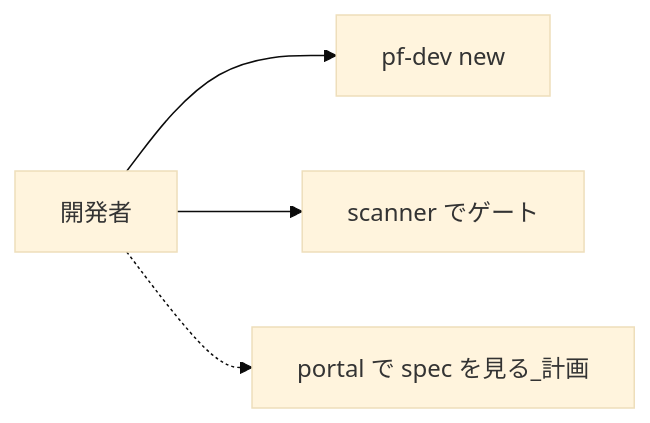
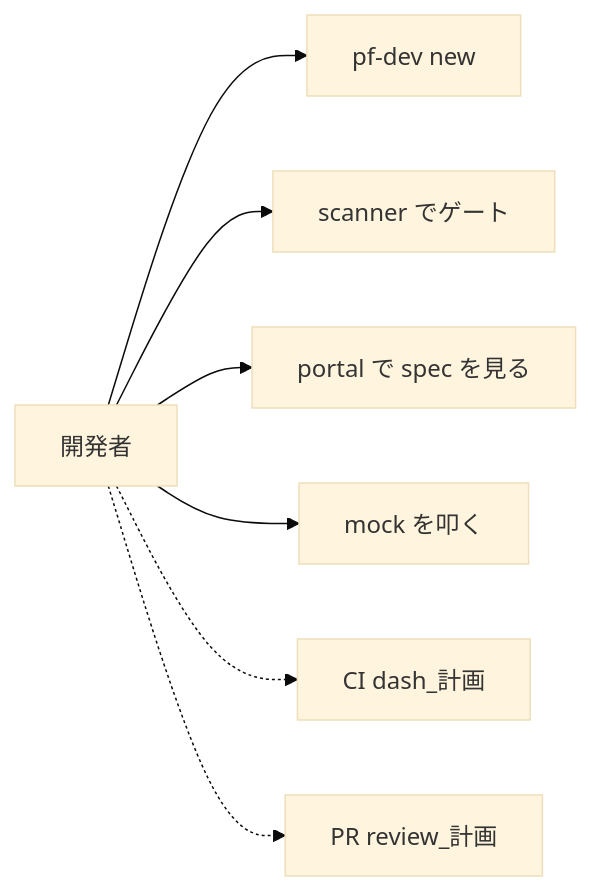
The first of 2 diagrams in portfolio-plan/developer-platform/docs/06-diagrams.md (maeplego/portfolio-plan), drawn with Mermaid (base theme) before and after one commit. The commit also changed other lines of this file and 10 other files, not shown here.

````diff
--- a/portfolio-plan/developer-platform/docs/06-diagrams.md
+++ b/portfolio-plan/developer-platform/docs/06-diagrams.md
@@ -11,6 +11,9 @@
 ```mermaid
 flowchart LR
   Dev[開発者] --> UC1[pf-dev new]
   Dev --> UC2[scanner でゲート]
-  Dev -.-> UC3[portal で spec を見る_計画]
+  Dev --> UC3[portal で spec を見る]
+  Dev --> UC4[mock を叩く]
+  Dev -.-> UC5[CI dash_計画]
+  Dev -.-> UC6[PR review_計画]
 ```
````
